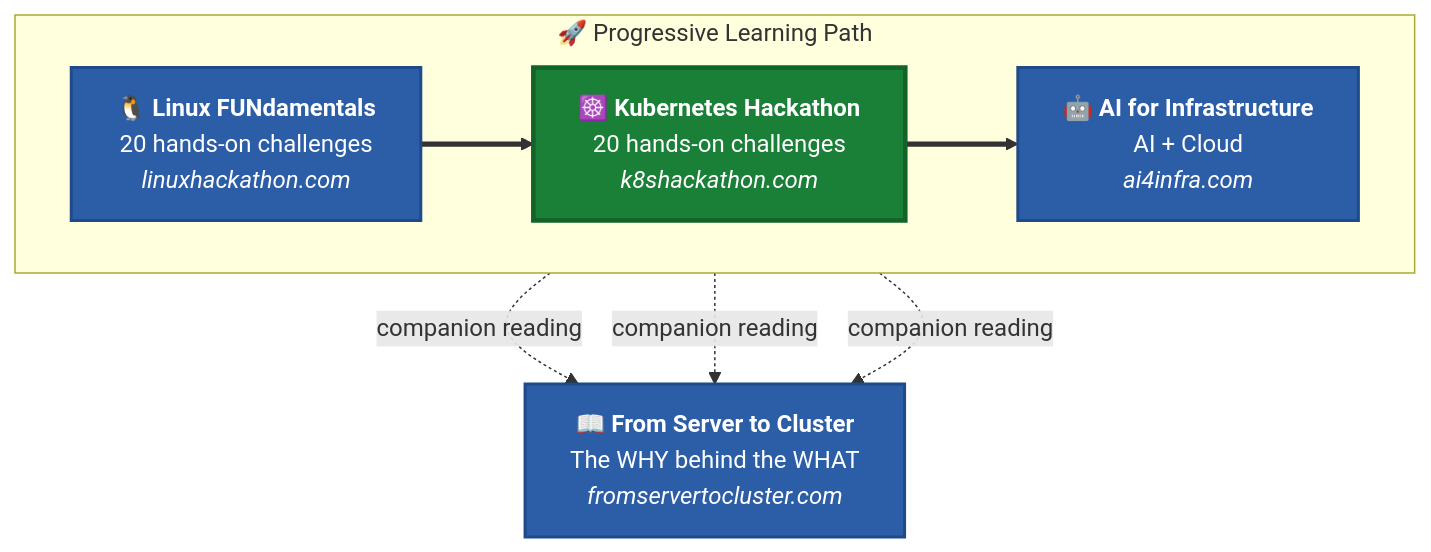
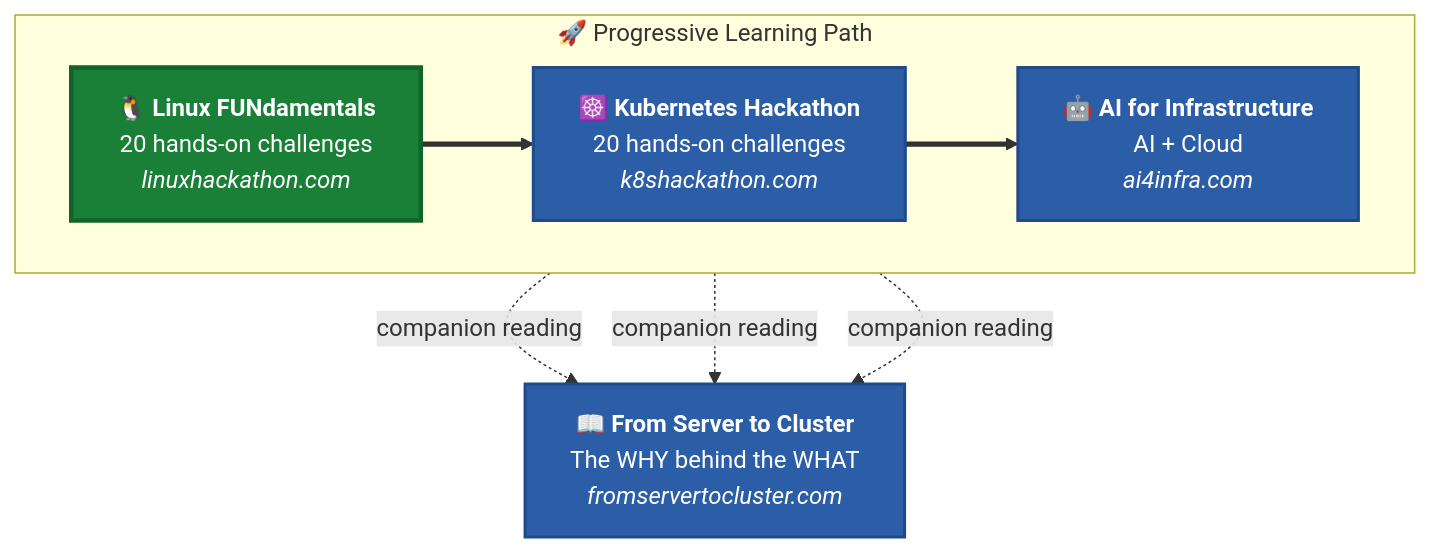
The diagram in README.md (ricmmartins/fasthack-linux), drawn with Mermaid before and after one commit.

Commit message:
destaca Linux FUNdamentals em verde no diagrama

````diff
--- a/README.md
+++ b/README.md
@@ -137,25 +137,24 @@
 ```mermaid
 flowchart TB
     subgraph journey["🚀 Progressive Learning Path"]
         direction LR
         A["🐧 <b>Linux FUNdamentals</b><br/>20 hands-on challenges<br/><i>linuxhackathon.com</i>"] ==> B["☸️ <b>Kubernetes Hackathon</b><br/>20 hands-on challenges<br/><i>k8shackathon.com</i>"] ==> C["🤖 <b>AI for Infrastructure</b><br/>AI + Cloud<br/><i>ai4infra.com</i>"]
     end
 
     A -.->|companion reading| D
     B -.->|companion reading| D
     C -.->|companion reading| D
 
     D["📖 <b>From Server to Cluster</b><br/>The WHY behind the WHAT<br/><i>fromservertocluster.com</i>"]
 
     classDef challenge fill:#2b5ea7,stroke:#1e4a8a,color:#fff,stroke-width:2px
     classDef hackathon fill:#1a7f37,stroke:#116329,color:#fff,stroke-width:3px
 
-    class A,C challenge
-    class B hackathon
-    class D challenge
+    class A hackathon
+    class B,C,D challenge
 
     click A "https://linuxhackathon.com" _blank
     click B "https://k8shackathon.com" _blank
     click C "https://ai4infra.com" _blank
     click D "https://fromservertocluster.com" _blank
 ```
````
